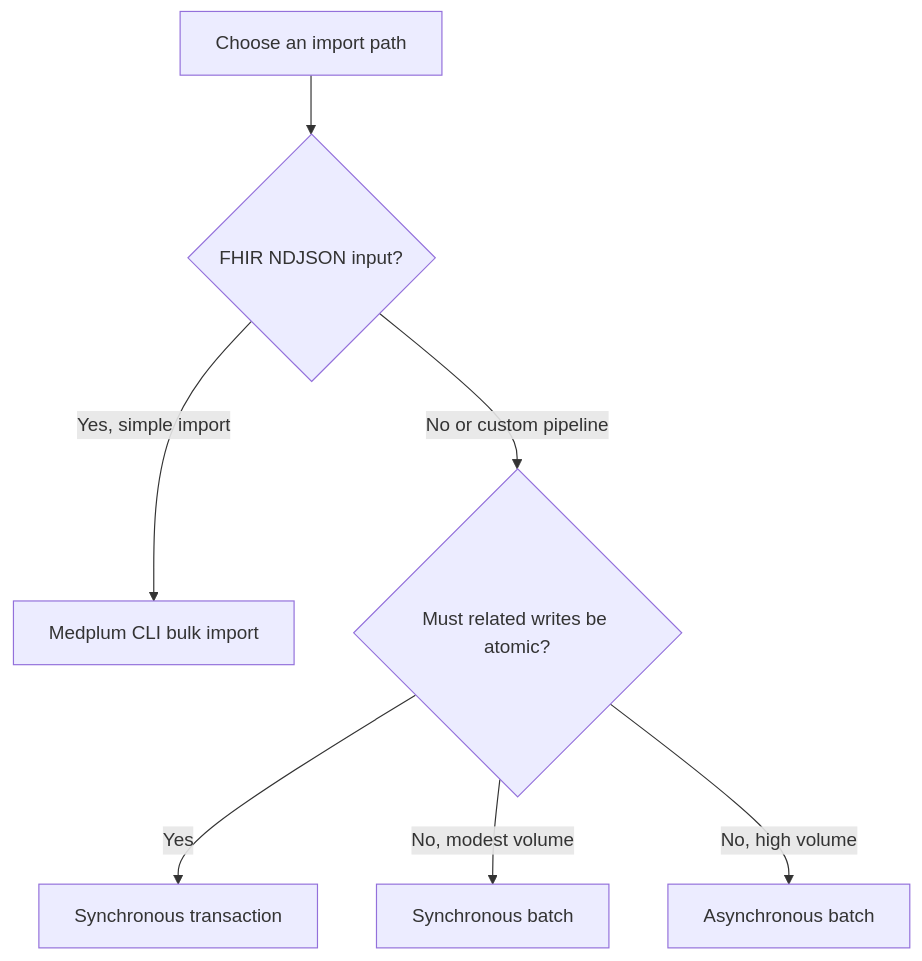
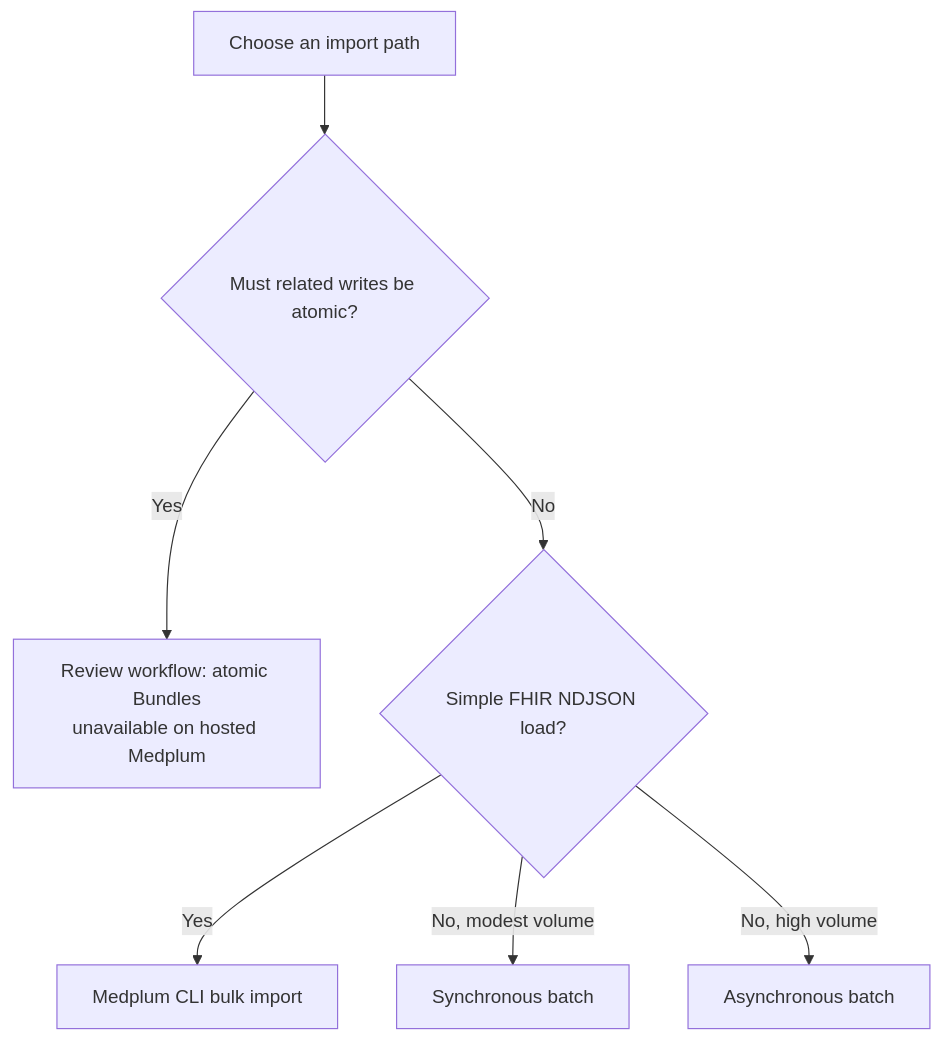
The diagram in packages/docs/docs/migration/migration-pipelines.md (medplum/medplum), drawn with Mermaid before and after one commit. The commit also changed other lines of this file and 44 other files, not shown here.

Commit message:
docs: clarify hosted transaction bundle availability

````diff
--- a/packages/docs/docs/migration/migration-pipelines.md
+++ b/packages/docs/docs/migration/migration-pipelines.md
@@ -93,9 +93,9 @@
 ```mermaid
 flowchart TD
-    Start[Choose an import path] --> NDJSON{FHIR NDJSON input?}
-    NDJSON -->|Yes, simple import| CLI[Medplum CLI bulk import]
-    NDJSON -->|No or custom pipeline| Atomic{Must related writes be atomic?}
-    Atomic -->|Yes| Transaction[Synchronous transaction]
-    Atomic -->|No, modest volume| SyncBatch[Synchronous batch]
-    Atomic -->|No, high volume| AsyncBatch[Asynchronous batch]
+    Start[Choose an import path] --> Atomic{Must related writes be atomic?}
+    Atomic -->|Yes| Review["Review workflow: atomic Bundles<br/>unavailable on hosted Medplum"]
+    Atomic -->|No| NDJSON{Simple FHIR NDJSON load?}
+    NDJSON -->|Yes| CLI[Medplum CLI bulk import]
+    NDJSON -->|No, modest volume| SyncBatch[Synchronous batch]
+    NDJSON -->|No, high volume| AsyncBatch[Asynchronous batch]
 ```
````
